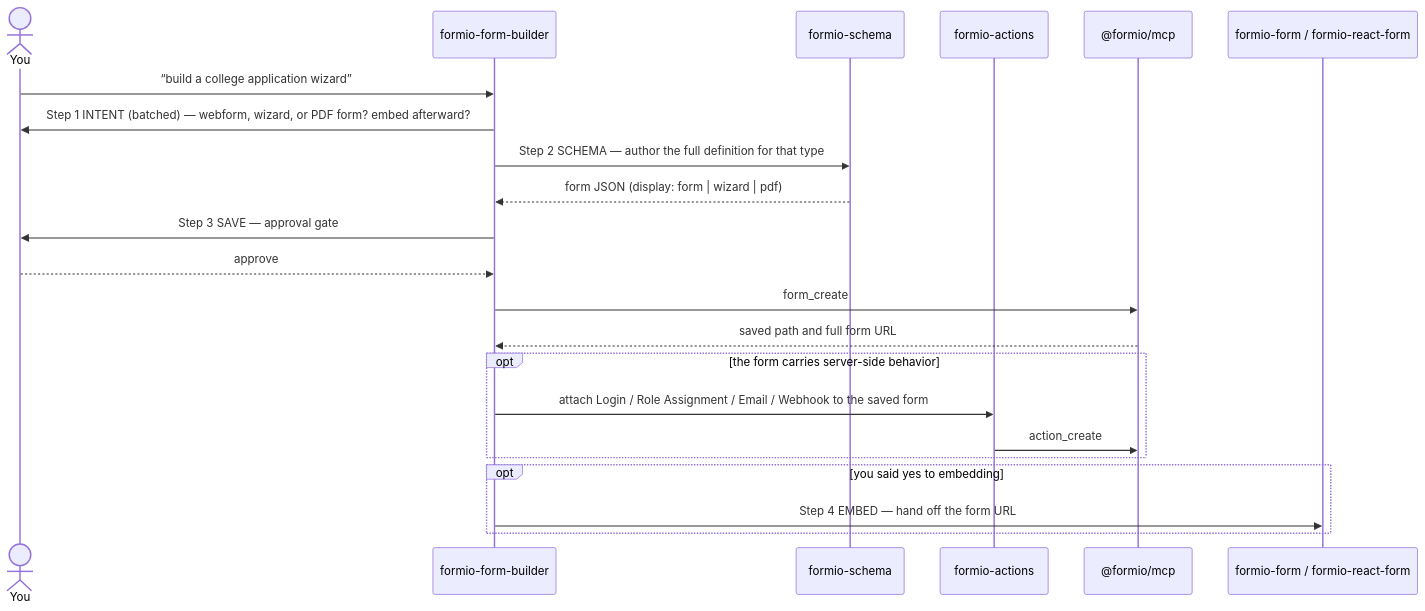
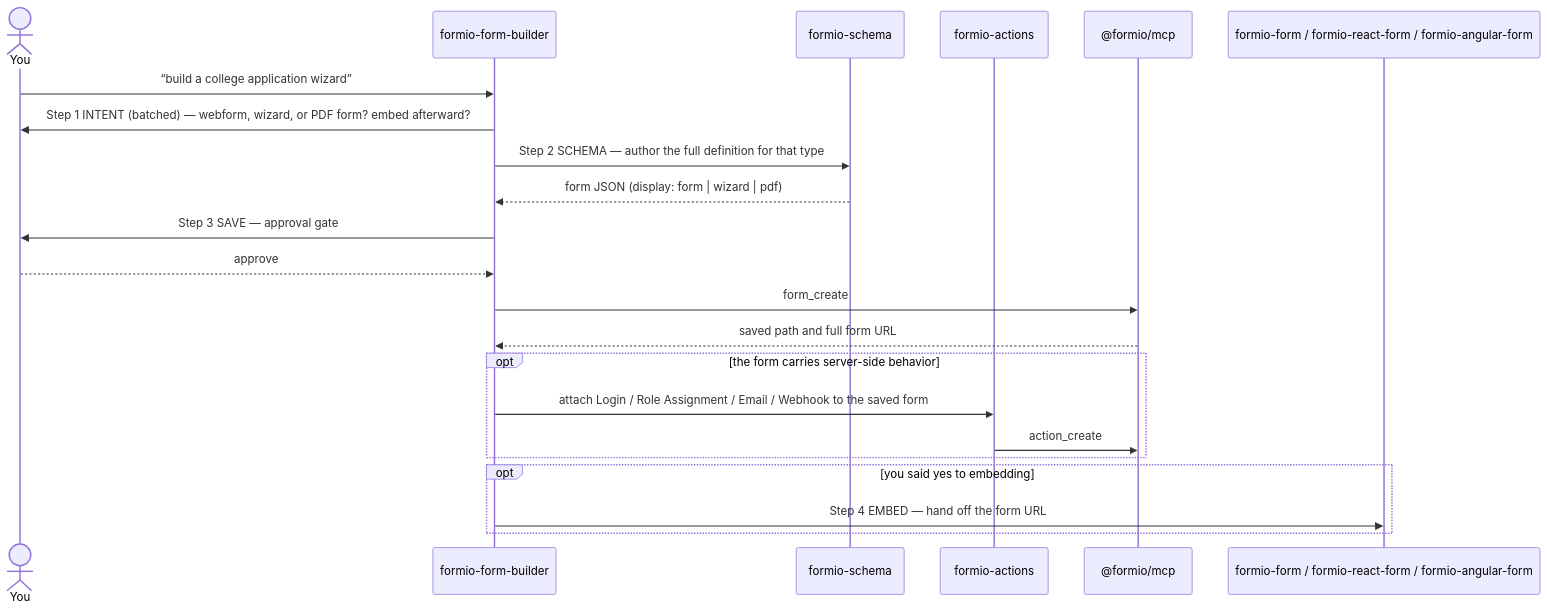
One commit to formio/ai changed the seventh of 14 diagrams in PROCESS.md. Above: the diagram before and after it, drawn with Mermaid. The commit also changed other lines of this file and 33 other files, not shown here.

First line of the commit message:
FIO-12308: add the formio-angular-form embed sub-skill and fix the flow defects three audits found (#70)

````diff
--- a/PROCESS.md
+++ b/PROCESS.md
@@ -323,25 +324,25 @@
 ```mermaid
 sequenceDiagram
     actor U as You
     participant FB as formio-form-builder
     participant Sch as formio-schema
     participant Act as formio-actions
     participant MCP as @formio/mcp
-    participant Emb as formio-form / formio-react-form
+    participant Emb as formio-form / formio-react-form / formio-angular-form
 
     U->>FB: “build a college application wizard”
     FB->>U: Step 1 INTENT (batched) — webform, wizard, or PDF form? embed afterward?
     FB->>Sch: Step 2 SCHEMA — author the full definition for that type
     Sch-->>FB: form JSON (display: form | wizard | pdf)
     FB->>U: Step 3 SAVE — approval gate
     U-->>FB: approve
     FB->>MCP: form_create
     MCP-->>FB: saved path and full form URL
     opt the form carries server-side behavior
         FB->>Act: attach Login / Role Assignment / Email / Webhook to the saved form
         Act->>MCP: action_create
     end
     opt you said yes to embedding
         FB->>Emb: Step 4 EMBED — hand off the form URL
     end
 ```
````
